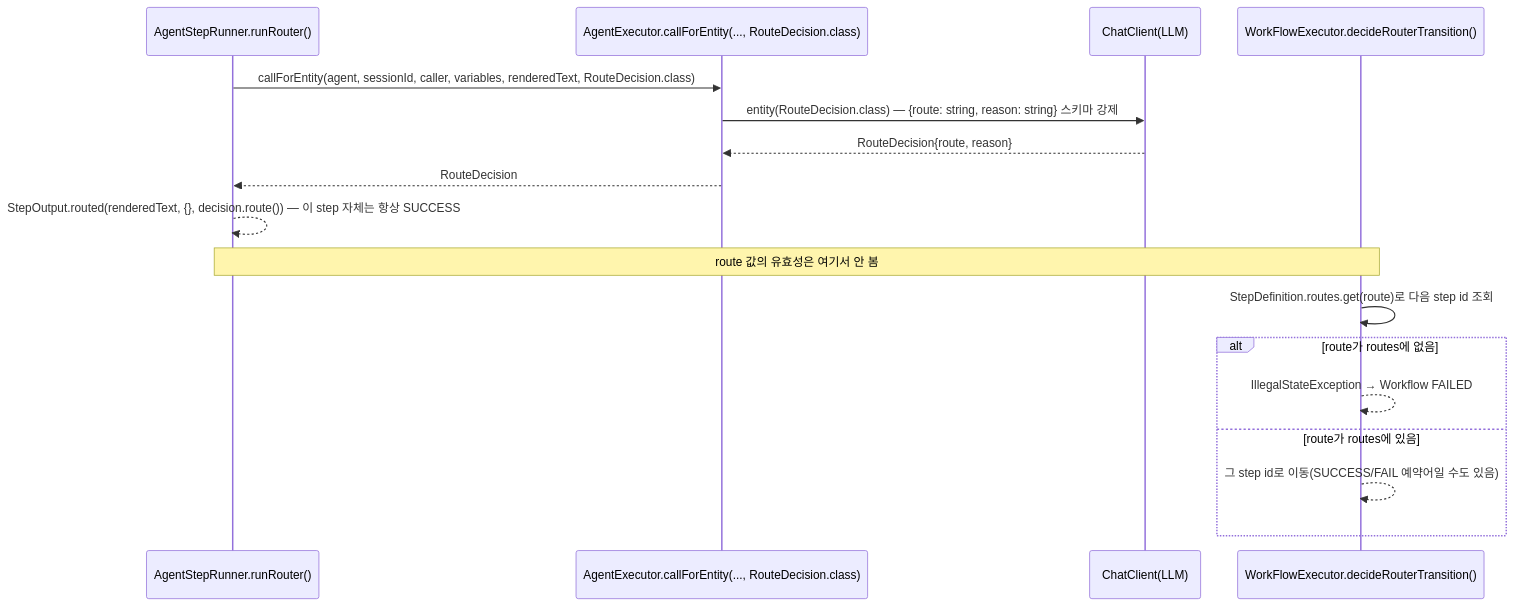
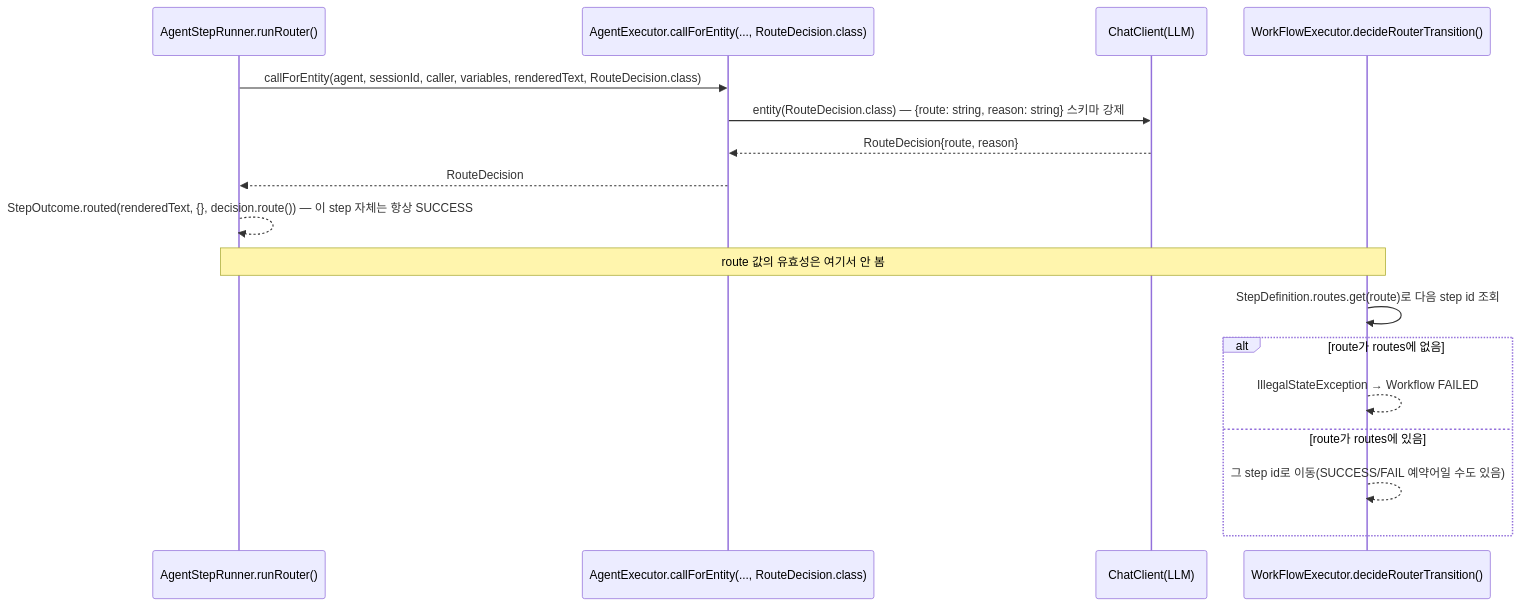
The eighth of 12 diagrams in docs/09.dstone-ai-engine.md (YongSoekChoeng/dstone), drawn with Mermaid before and after one commit. The commit also changed other lines of this file and 36 other files, not shown here.

````diff
--- a/docs/09.dstone-ai-engine.md
+++ b/docs/09.dstone-ai-engine.md
@@ -470,19 +511,19 @@
 ```mermaid
 sequenceDiagram
     participant ASR as AgentStepRunner.runRouter()
     participant AE as AgentExecutor.callForEntity(..., RouteDecision.class)
     participant LLM as ChatClient(LLM)
     participant WE as WorkFlowExecutor.decideRouterTransition()
     ASR->>AE: callForEntity(agent, sessionId, caller, variables, renderedText, RouteDecision.class)
     AE->>LLM: entity(RouteDecision.class) — {route: string, reason: string} 스키마 강제
     LLM-->>AE: RouteDecision{route, reason}
     AE-->>ASR: RouteDecision
-    ASR-->>ASR: StepOutput.routed(renderedText, {}, decision.route())  — 이 step 자체는 항상 SUCCESS
+    ASR-->>ASR: StepOutcome.routed(renderedText, {}, decision.route())  — 이 step 자체는 항상 SUCCESS
     Note over ASR,WE: route 값의 유효성은 여기서 안 봄
     WE->>WE: StepDefinition.routes.get(route)로 다음 step id 조회
     alt route가 routes에 없음
         WE-->>WE: IllegalStateException → Workflow FAILED
     else route가 routes에 있음
         WE-->>WE: 그 step id로 이동(SUCCESS/FAIL 예약어일 수도 있음)
     end
 ```
````
